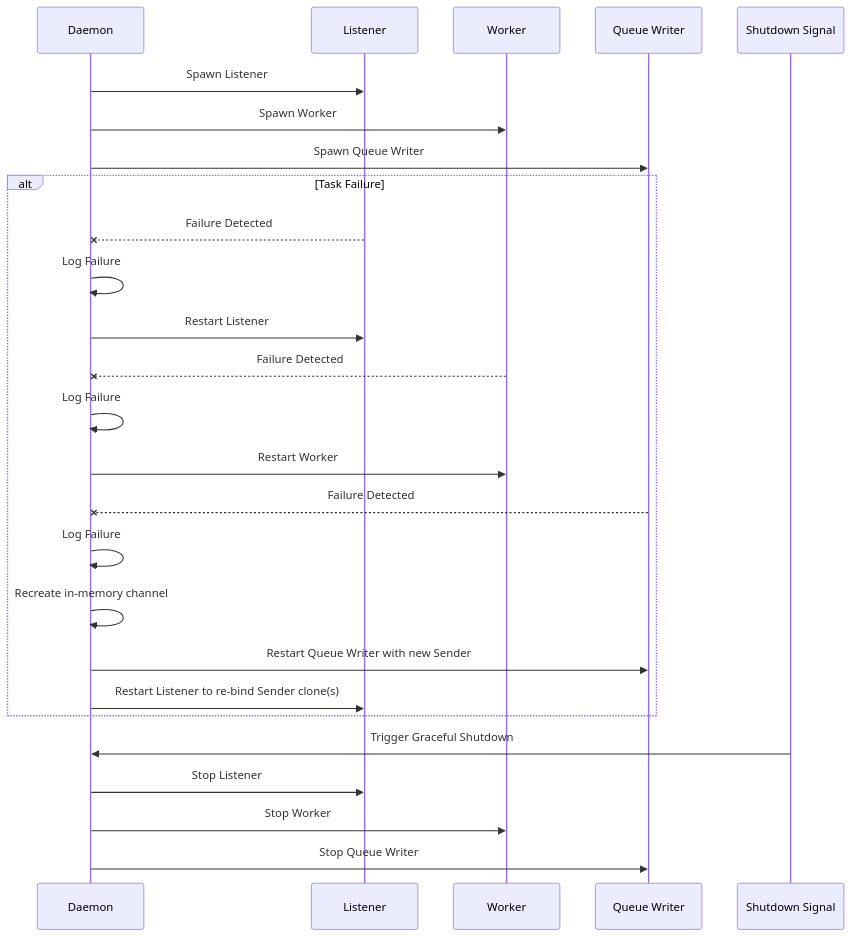
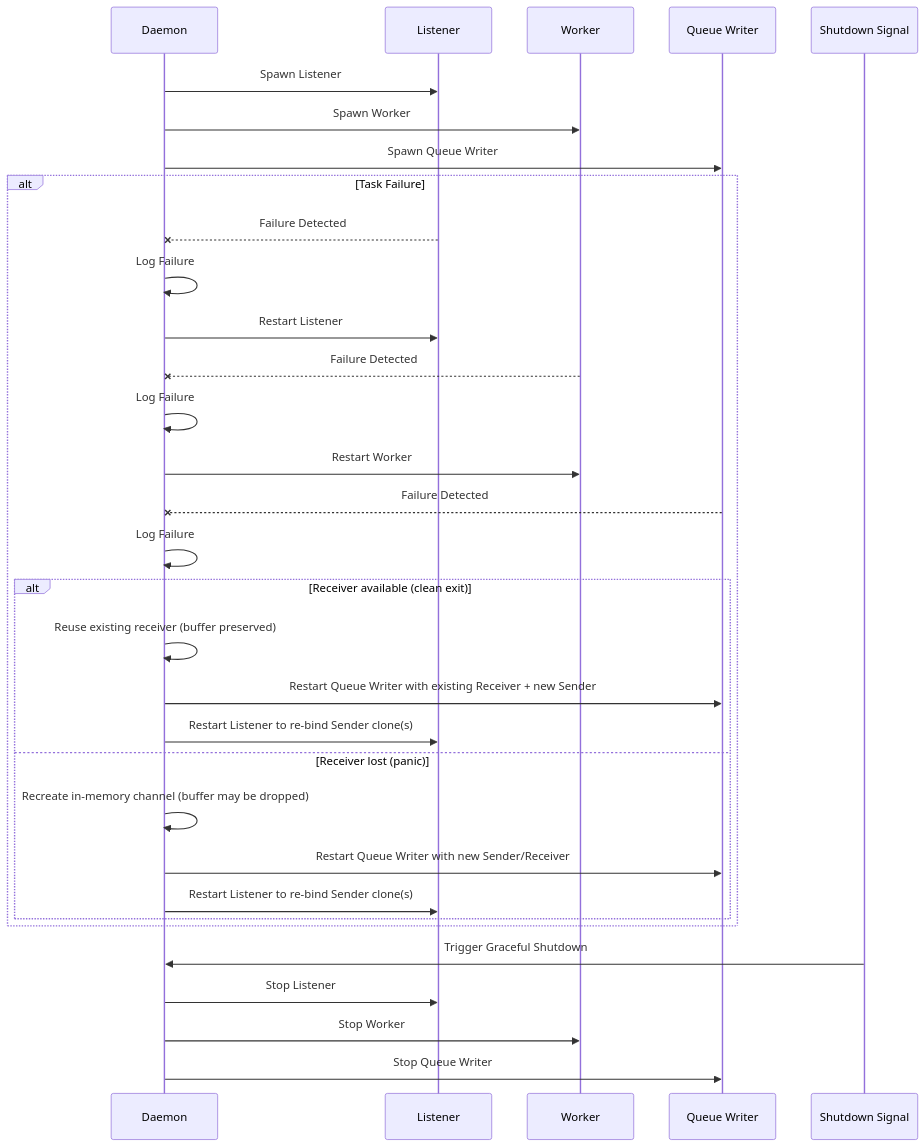
Before and after one commit to leynos/comenq: the first of 2 diagrams in docs/comenq-design.md, drawn with Mermaid. The commit also changed other lines of this file and 2 other files, not shown here.

Commit message:
Clarify writer restart semantics

````diff
--- a/docs/comenq-design.md
+++ b/docs/comenq-design.md
@@ -390,32 +393,38 @@
 ```mermaid
 sequenceDiagram
     participant D as Daemon
     participant L as Listener
     participant W as Worker
     participant Q as Queue Writer
     participant S as Shutdown Signal
 
     D->>L: Spawn Listener
     D->>W: Spawn Worker
     D->>Q: Spawn Queue Writer
     
     alt Task Failure
         L--xD: Failure Detected
         D->>D: Log Failure
         D->>L: Restart Listener
 
         W--xD: Failure Detected
         D->>D: Log Failure
         D->>W: Restart Worker
         Q--xD: Failure Detected
         D->>D: Log Failure
-        D->>D: Recreate in-memory channel
-        D->>Q: Restart Queue Writer with new Sender
-        D->>L: Restart Listener to re-bind Sender clone(s)
+        alt Receiver available (clean exit)
+            D->>D: Reuse existing receiver (buffer preserved)
+            D->>Q: Restart Queue Writer with existing Receiver + new Sender
+            D->>L: Restart Listener to re-bind Sender clone(s)
+        else Receiver lost (panic)
+            D->>D: Recreate in-memory channel (buffer may be dropped)
+            D->>Q: Restart Queue Writer with new Sender/Receiver
+            D->>L: Restart Listener to re-bind Sender clone(s)
+        end
     end
 
     S->>D: Trigger Graceful Shutdown
     D->>L: Stop Listener
     D->>W: Stop Worker
     D->>Q: Stop Queue Writer
 ```
````
